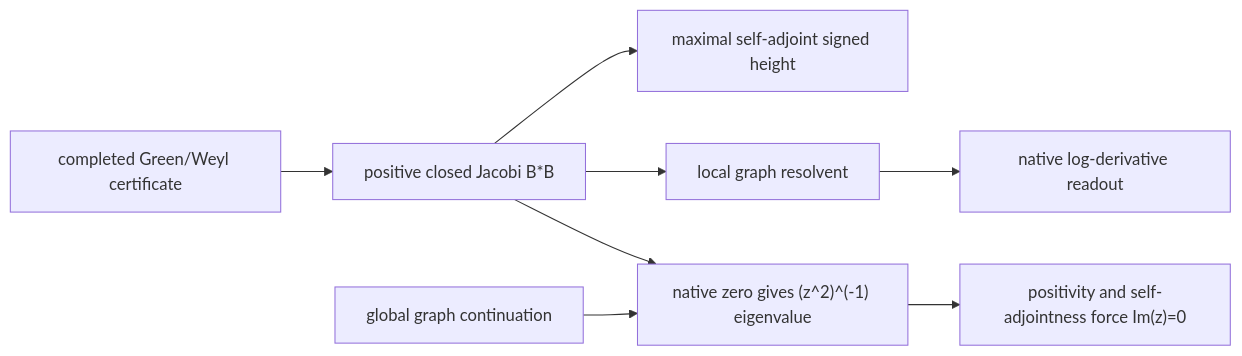
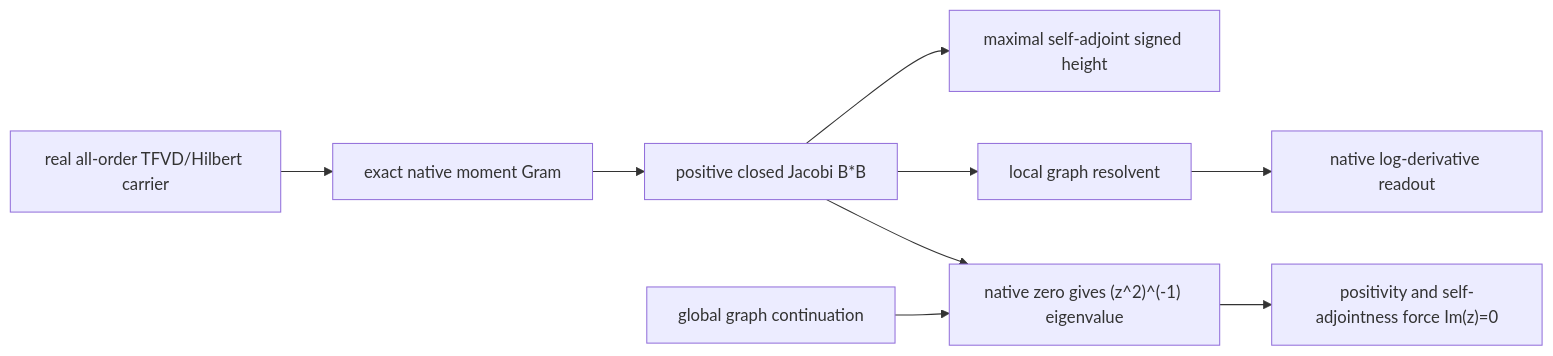
The second of 2 diagrams in README.md (thiagomassensini/carry-self-adjoint-operator), drawn with Mermaid before and after one commit. The commit also changed other lines of this file and 3 other files, not shown here.

Commit message:
Audit and correct completed native HP carrier

````diff
--- a/README.md
+++ b/README.md
@@ -369,10 +372,11 @@
 ```mermaid
 flowchart LR
-  G["completed Green/Weyl certificate"] --> J["positive closed Jacobi B*B"]
+  T["real all-order TFVD/Hilbert carrier"] --> G["exact native moment Gram"]
+  G --> J["positive closed Jacobi B*B"]
   J --> H["maximal self-adjoint signed height"]
   J --> L["local graph resolvent"]
   L --> R["native log-derivative readout"]
   X["global graph continuation"] --> E["native zero gives (z^2)^(-1) eigenvalue"]
   J --> E
   E --> C["positivity and self-adjointness force Im(z)=0"]
 ```
````
